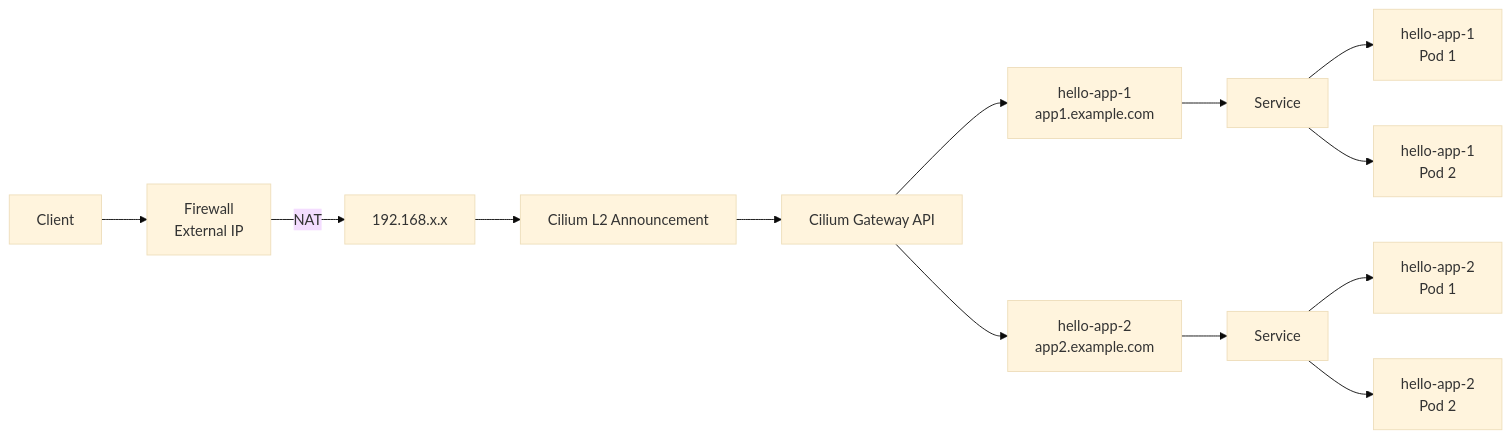
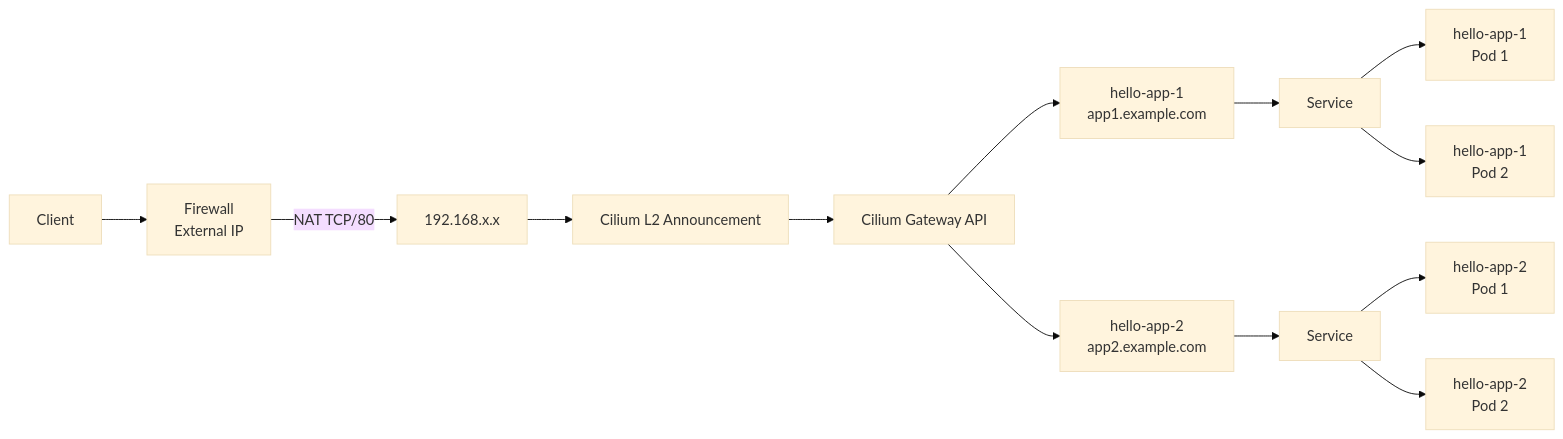
One commit to previder/kubernetes-examples changed the diagram in Cilium-LB-IPAM/Cilium-Gateway-API-with-LB-IPAM-and-L2-Announcement.md. Above: the diagram before and after it, drawn with Mermaid (base theme).

````diff
--- a/Cilium-LB-IPAM/Cilium-Gateway-API-with-LB-IPAM-and-L2-Announcement.md
+++ b/Cilium-LB-IPAM/Cilium-Gateway-API-with-LB-IPAM-and-L2-Announcement.md
@@ -25,19 +25,19 @@
 ```mermaid
 flowchart LR
     Client --> Firewall["Firewall <br/>External IP"]
-    Firewall -->|NAT| IP["192.168.x.x"]
+    Firewall -->|NAT TCP/80| IP["192.168.x.x"]
     IP --> L2["Cilium L2 Announcement"]
     L2 --> Gateway["Cilium Gateway API"]
 
     Gateway --> App1["hello-app-1 <br/>app1.example.com"]
     Gateway --> App2["hello-app-2 <br/>app2.example.com"]
 
     App1 --> Service1["Service"]
     App2 --> Service2["Service"]
 
     Service1 --> Pod1["hello-app-1 <br/>Pod 1"]
     Service1 --> Pod2["hello-app-1 <br/>Pod 2"]
 
     Service2 --> Pod3["hello-app-2 <br/>Pod 1"]
     Service2 --> Pod4["hello-app-2 <br/>Pod 2"]
 ```
````
